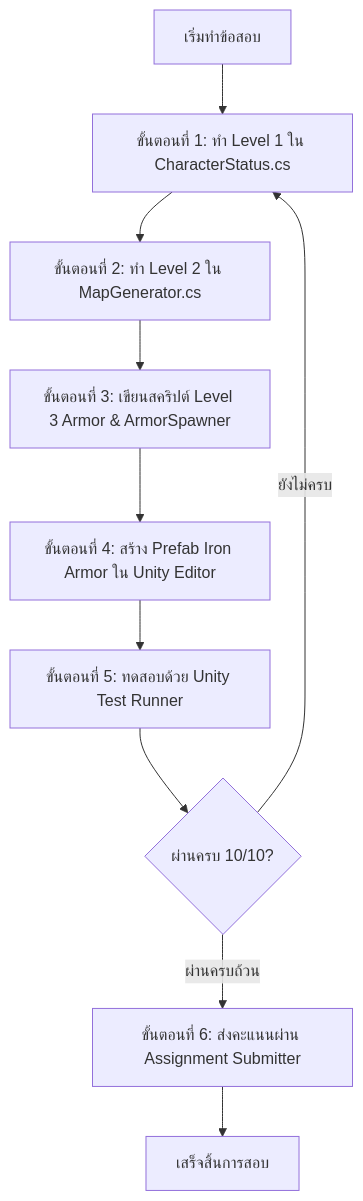
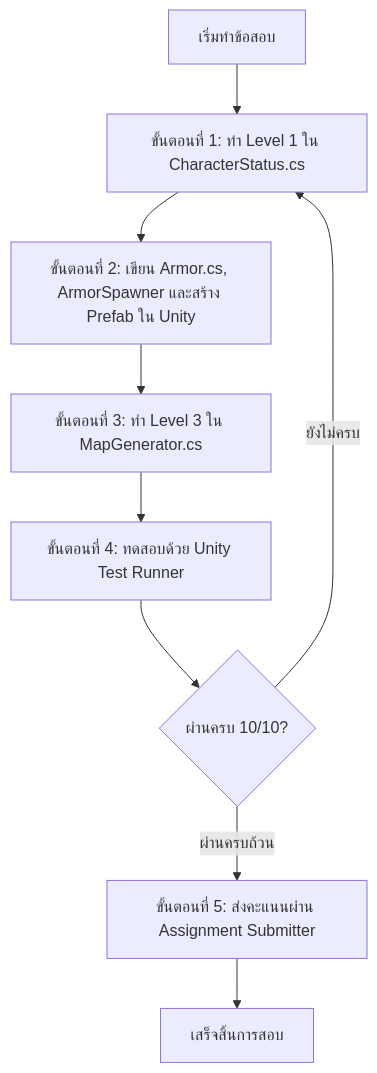
The diagram in Assets/Scripts/Workspace/Week08/Instruction-th.md (jirawat9ball/2569-IGD-23267-Basic-Game-Programming), drawn with Mermaid before and after one commit. The commit also changed other lines of this file and 42 other files, not shown here.

````diff
--- a/Assets/Scripts/Workspace/Week08/Instruction-th.md
+++ b/Assets/Scripts/Workspace/Week08/Instruction-th.md
@@ -55,12 +55,11 @@
 ```mermaid
 flowchart TD
     A[เริ่มทำข้อสอบ] --> B[ขั้นตอนที่ 1: ทำ Level 1 ใน CharacterStatus.cs]
-    B --> C[ขั้นตอนที่ 2: ทำ Level 2 ใน MapGenerator.cs]
-    C --> D[ขั้นตอนที่ 3: เขียนสคริปต์ Level 3 Armor & ArmorSpawner]
-    D --> E[ขั้นตอนที่ 4: สร้าง Prefab Iron Armor ใน Unity Editor]
-    E --> F[ขั้นตอนที่ 5: ทดสอบด้วย Unity Test Runner]
-    F --> G{ผ่านครบ 10/10?}
-    G -- ยังไม่ครบ --> B
-    G -- ผ่านครบถ้วน --> H[ขั้นตอนที่ 6: ส่งคะแนนผ่าน Assignment Submitter]
-    H --> I[เสร็จสิ้นการสอบ]
+    B --> C[ขั้นตอนที่ 2: เขียน Armor.cs, ArmorSpawner และสร้าง Prefab ใน Unity]
+    C --> D[ขั้นตอนที่ 3: ทำ Level 3 ใน MapGenerator.cs]
+    D --> E[ขั้นตอนที่ 4: ทดสอบด้วย Unity Test Runner]
+    E --> F{ผ่านครบ 10/10?}
+    F -- ยังไม่ครบ --> B
+    F -- ผ่านครบถ้วน --> G[ขั้นตอนที่ 5: ส่งคะแนนผ่าน Assignment Submitter]
+    G --> H[เสร็จสิ้นการสอบ]
 ```
````
